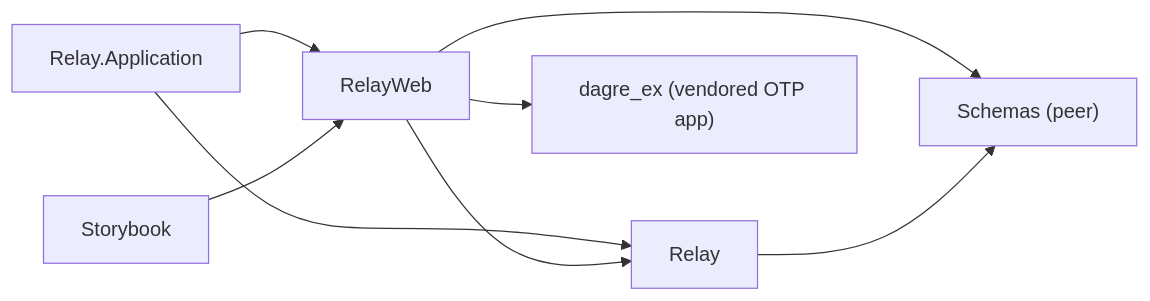
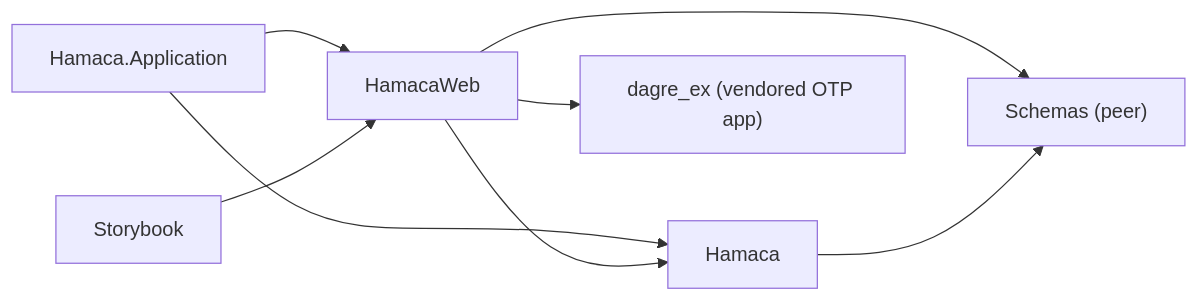
The first of 2 diagrams in docs/architecture/deps.md (jeremylightsmith/relay), drawn with Mermaid before and after one commit. The commit also changed other lines of this file and 1704 other files, not shown here.

First line of the commit message:
RE481 Rename the code to Hamaca (modules, app, docs, repo)

````diff
--- a/docs/architecture/deps.md
+++ b/docs/architecture/deps.md
@@ -9,10 +9,10 @@
 ```mermaid
 flowchart LR
-    App["Relay.Application"] --> Web["RelayWeb"]
-    App --> Domain["Relay"]
+    App["Hamaca.Application"] --> Web["HamacaWeb"]
+    App --> Domain["Hamaca"]
     Web --> Domain
     Web --> Schemas
     Web --> Dagre["dagre_ex (vendored OTP app)"]
     Domain --> Schemas["Schemas (peer)"]
     Storybook["Storybook"] --> Web
 ```
````
